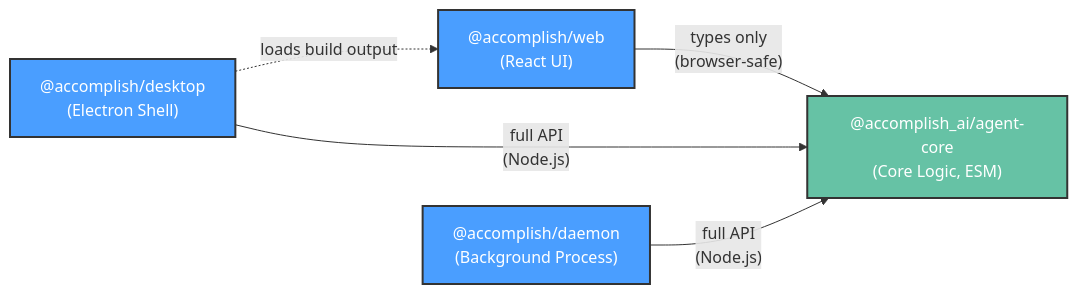
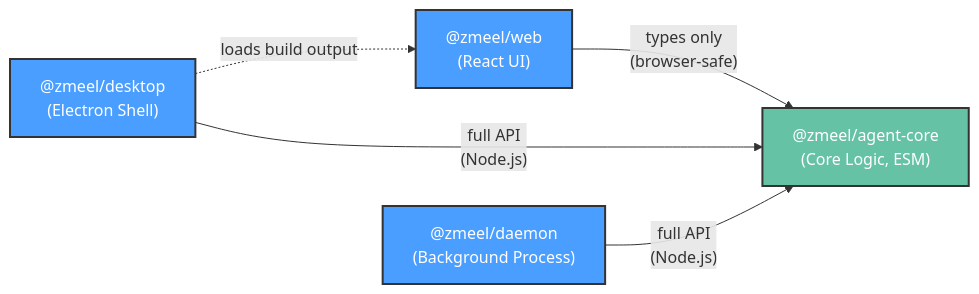
The fourth of 5 diagrams in AD.md (samskipsai/zmeelv60), drawn with Mermaid before and after one commit. The commit also changed other lines of this file and 520 other files, not shown here.

First line of the commit message:
rebrand: Accomplish -> Zmeel Desktop

````diff
--- a/AD.md
+++ b/AD.md
@@ -345,18 +345,18 @@
 ```mermaid
 graph LR
-    Web["@accomplish/web<br/>(React UI)"]
-    Desktop["@accomplish/desktop<br/>(Electron Shell)"]
-    Daemon["@accomplish/daemon<br/>(Background Process)"]
-    Core["@accomplish_ai/agent-core<br/>(Core Logic, ESM)"]
+    Web["@zmeel/web<br/>(React UI)"]
+    Desktop["@zmeel/desktop<br/>(Electron Shell)"]
+    Daemon["@zmeel/daemon<br/>(Background Process)"]
+    Core["@zmeel/agent-core<br/>(Core Logic, ESM)"]
 
     Web -->|"types only<br/>(browser-safe)"| Core
     Desktop -->|"full API<br/>(Node.js)"| Core
     Daemon -->|"full API<br/>(Node.js)"| Core
     Desktop -.->|"loads build output"| Web
 
     classDef appNode fill:#4a9eff,stroke:#333,stroke-width:2px,color:#fff
     classDef coreNode fill:#66c2a5,stroke:#333,stroke-width:2px,color:#fff
 
     class Web,Desktop,Daemon appNode
     class Core coreNode
 ```
````
